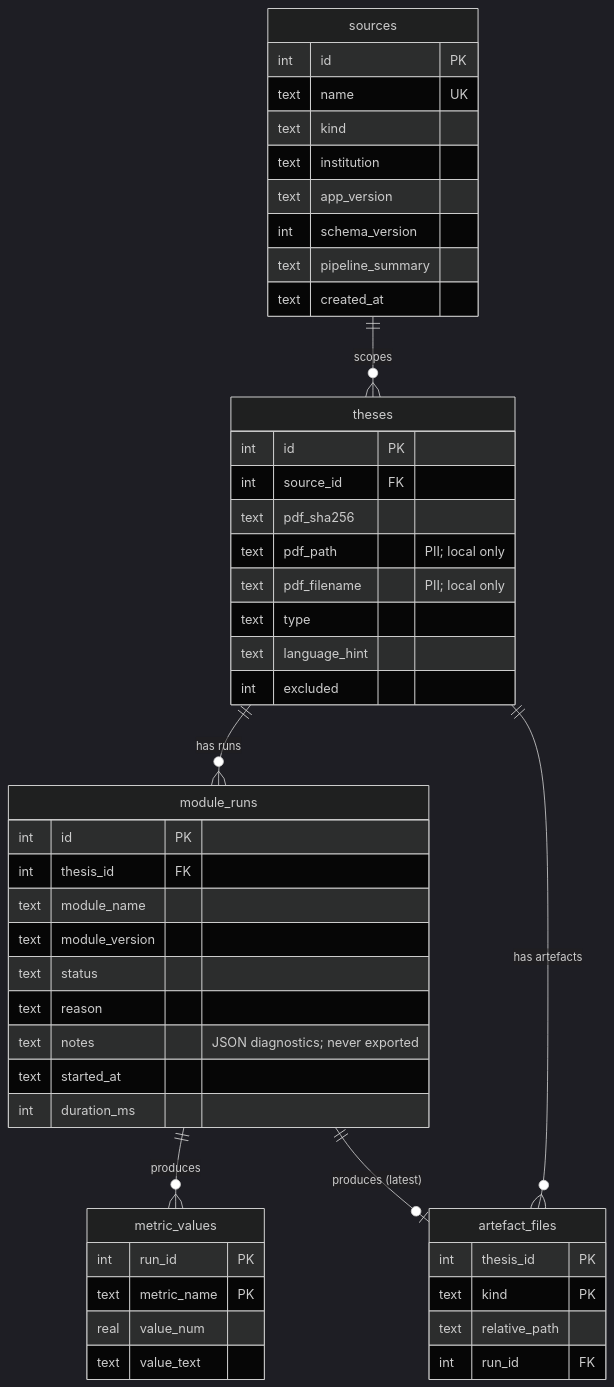
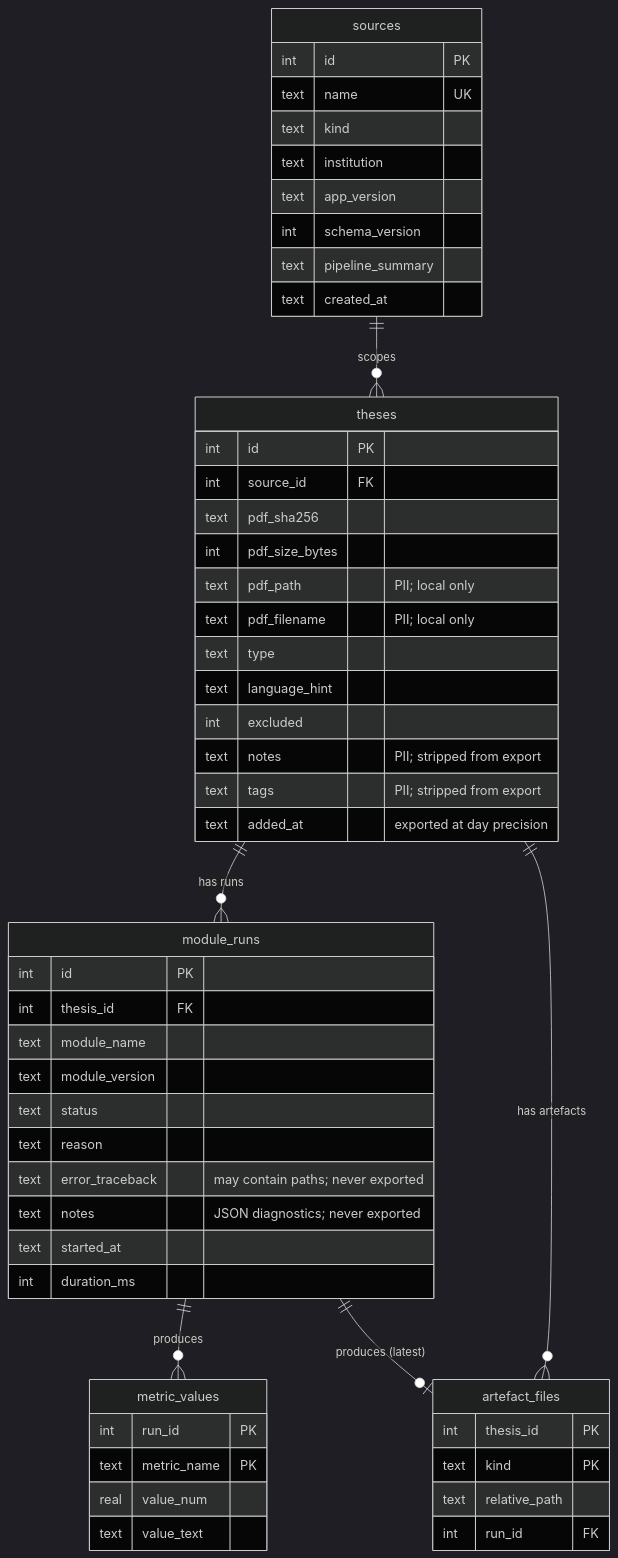
Before and after one commit to olistroemer/Thesis_Text_Analyzer: the eighth of 8 diagrams in docs/SDD.md, drawn with Mermaid (dark theme). The commit also changed other lines of this file, not shown here.

Commit message:
docs(sdd): reconcile §8.1 ERD with the implemented schema (#14)
- theses ERD: add pdf_size_bytes, notes, tags, added_at (with PII/export
  annotations matching §8.3.1)
- module_runs ERD: add error_traceback
- note that §6.1's domain Thesis class is intentionally a lean subset
  (persistence/PII columns live on the table, not the dataclass) — so it
  is not drift

````diff
--- a/docs/SDD.md
+++ b/docs/SDD.md
@@ -484,51 +484,56 @@
 ```mermaid
 erDiagram
     sources ||--o{ theses : "scopes"
     theses ||--o{ module_runs : "has runs"
     theses ||--o{ artefact_files : "has artefacts"
     module_runs ||--o{ metric_values : "produces"
     module_runs ||--o| artefact_files : "produces (latest)"
     sources {
         int id PK
         text name UK
         text kind
         text institution
         text app_version
         int schema_version
         text pipeline_summary
         text created_at
     }
     theses {
         int id PK
         int source_id FK
         text pdf_sha256
+        int pdf_size_bytes
         text pdf_path "PII; local only"
         text pdf_filename "PII; local only"
         text type
         text language_hint
         int excluded
+        text notes "PII; stripped from export"
+        text tags "PII; stripped from export"
+        text added_at "exported at day precision"
     }
     module_runs {
         int id PK
         int thesis_id FK
         text module_name
         text module_version
         text status
         text reason
+        text error_traceback "may contain paths; never exported"
         text notes "JSON diagnostics; never exported"
         text started_at
         int duration_ms
     }
     metric_values {
         int run_id PK
         text metric_name PK
         real value_num
         text value_text
     }
     artefact_files {
         int thesis_id PK
         text kind PK
         text relative_path
         int run_id FK
     }
 ```
````
